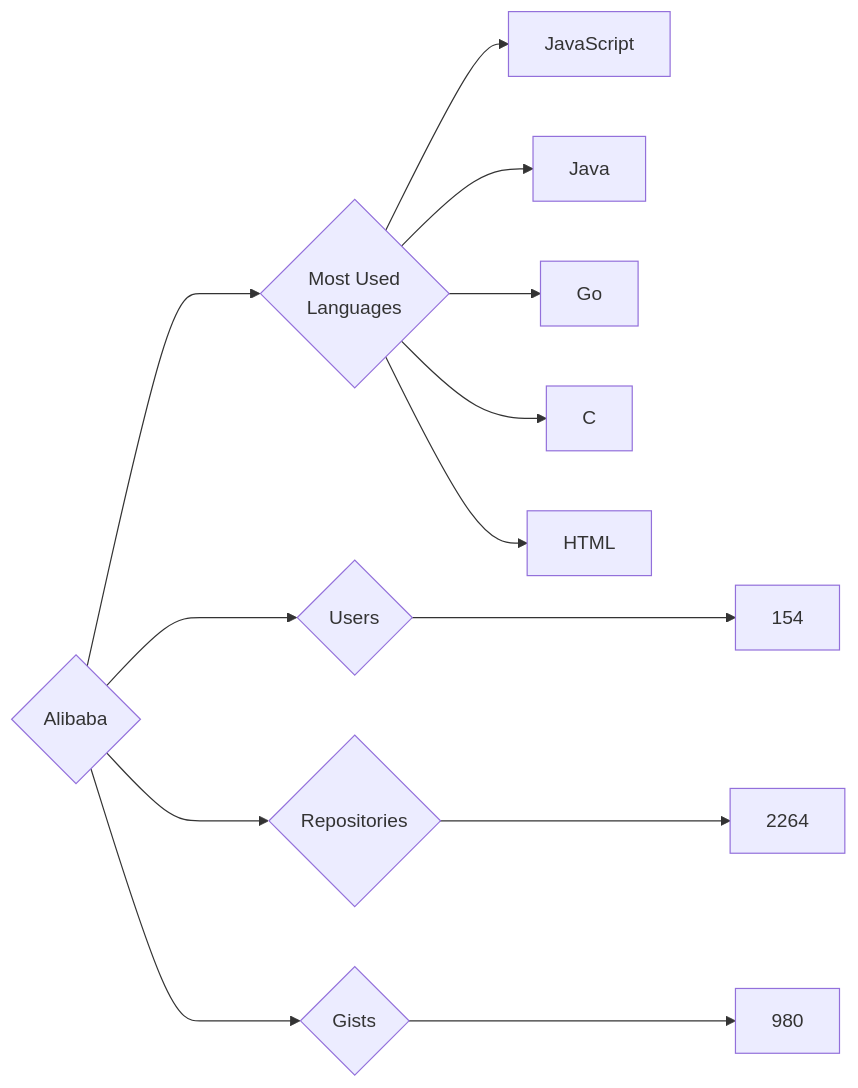
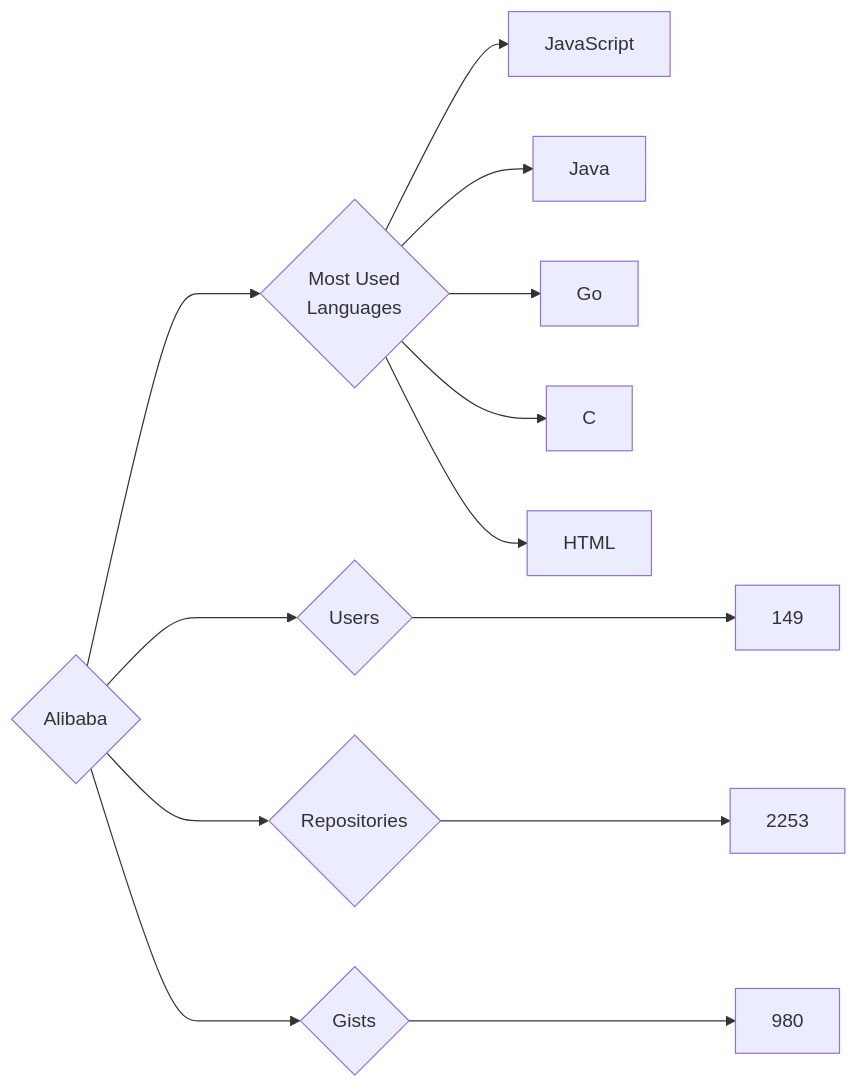
The diagram in targets/Alibaba/README.md (trickest/insiders), drawn with Mermaid before and after one commit. The commit also changed 752 other files, not shown here.

````diff
--- a/targets/Alibaba/README.md
+++ b/targets/Alibaba/README.md
@@ -3,13 +3,13 @@
 ```mermaid
 graph LR
 COMPANY_NAME{Alibaba}
-COMPANY_NAME ---> U{Users} ---> UN[154]
-COMPANY_NAME ---> R{Repositories} ---> RN[2264]
+COMPANY_NAME ---> U{Users} ---> UN[149]
+COMPANY_NAME ---> R{Repositories} ---> RN[2253]
 COMPANY_NAME ---> G{Gists} ---> GN[980]
 COMPANY_NAME ---> ML{Most Used<br>Languages}
 ML --> JavaScript[JavaScript]
 ML --> Java[Java]
 ML --> Go[Go]
 ML --> C[C]
 ML --> HTML[HTML]
 ```
````
